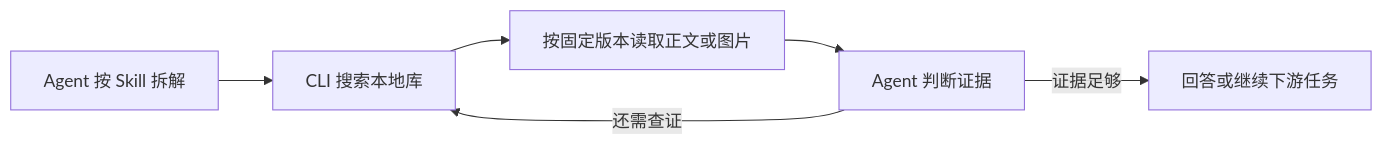
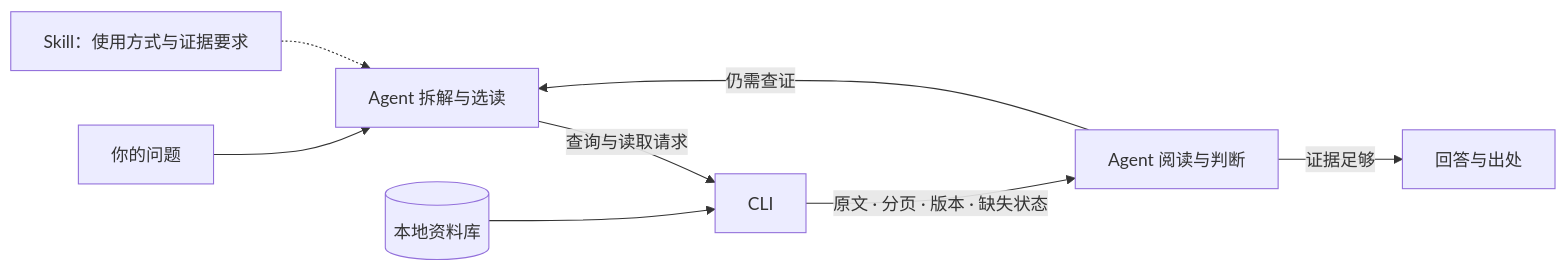
Before and after one commit to 13-pieces-teen/xhs-context: the diagram in README.md, drawn with Mermaid. The commit also changed other lines of this file and 21 other files, not shown here.

````diff
--- a/README.md
+++ b/README.md
@@ -48,8 +120,10 @@
 ```mermaid
 flowchart LR
-  A[Agent 按 Skill 拆解] --> B[CLI 搜索本地库]
-  B --> C[按固定版本读取正文或图片]
-  C --> D[Agent 判断证据]
-  D -->|还需查证| B
-  D -->|证据足够| E[回答或继续下游任务]
+  U[你的问题] --> A[Agent 拆解与选读]
+  S[Skill：使用方式与证据要求] -.-> A
+  A -->|查询与读取请求| C[CLI]
+  L[(本地资料库)] --> C
+  C -->|原文 · 分页 · 版本 · 缺失状态| J[Agent 阅读与判断]
+  J -->|仍需查证| A
+  J -->|证据足够| R[回答与出处]
 ```
````
